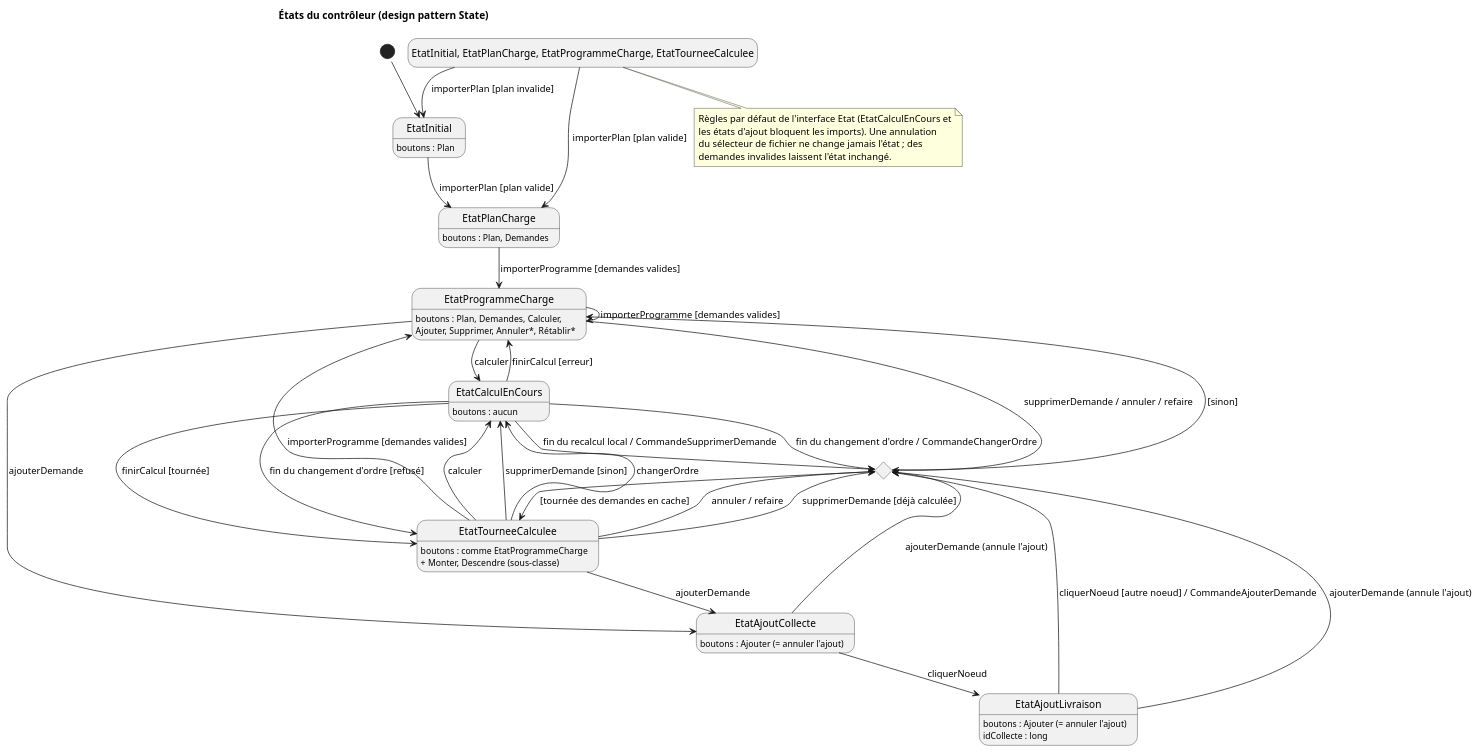
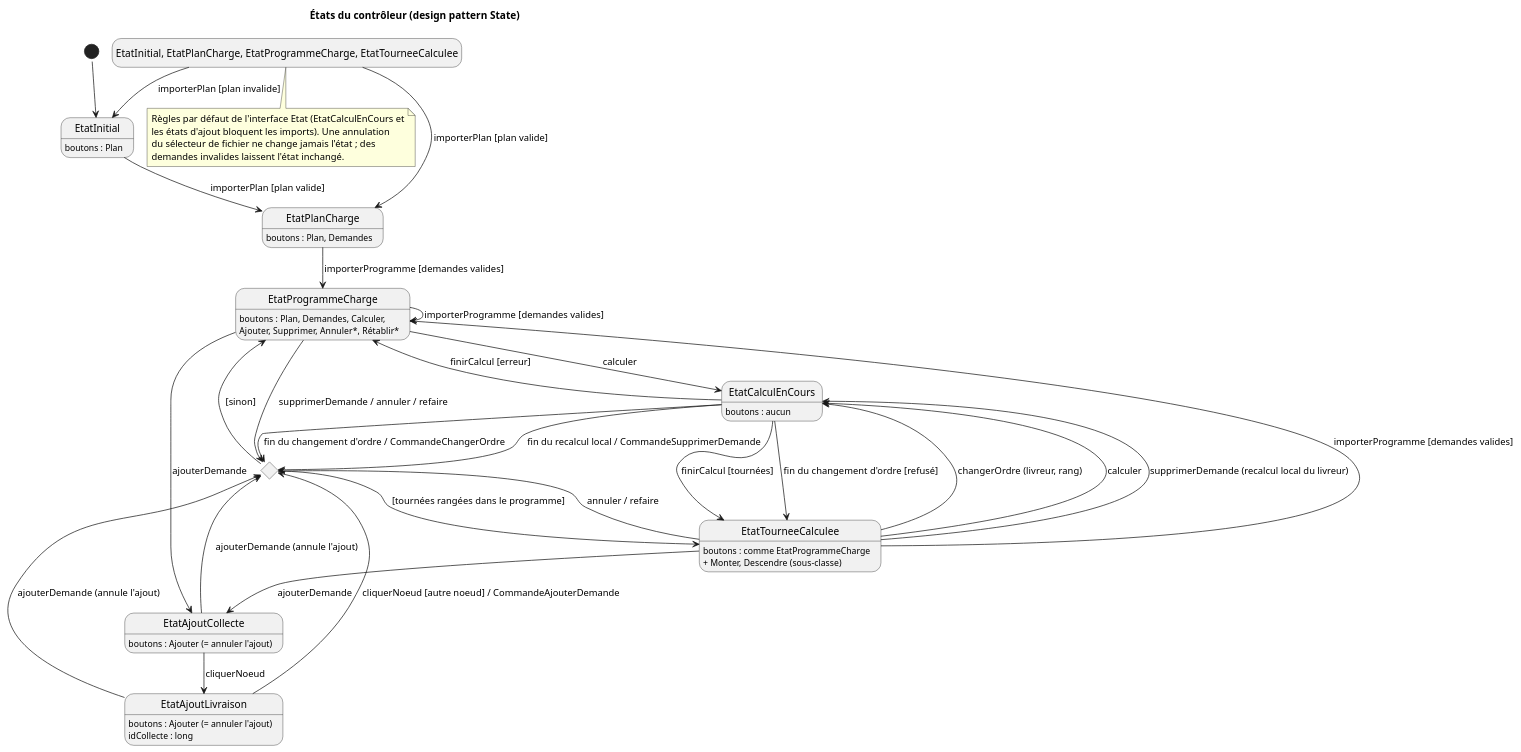
The diagram in docs/diagrams/etats-controleur.puml (tristanhp/Optimod-Lyon), drawn with PlantUML before and after one commit. The commit also changed 32 other files, not shown here.

Commit message:
TIG-95 plusieurs livreurs : une tournée par livreur (#35)

```diff
--- a/docs/diagrams/etats-controleur.puml
+++ b/docs/diagrams/etats-controleur.puml
@@ -1,55 +1,54 @@
 @startuml etats-controleur
 !pragma layout smetana
 title États du contrôleur (design pattern State)
 hide empty description
 [*] --> EtatInitial
 EtatInitial : boutons : Plan
 EtatPlanCharge : boutons : Plan, Demandes
 EtatProgrammeCharge : boutons : Plan, Demandes, Calculer,
 EtatProgrammeCharge : Ajouter, Supprimer, Annuler*, Rétablir*
 EtatCalculEnCours : boutons : aucun
 EtatTourneeCalculee : boutons : comme EtatProgrammeCharge
 EtatTourneeCalculee : + Monter, Descendre (sous-classe)
 EtatAjoutCollecte : boutons : Ajouter (= annuler l'ajout)
 EtatAjoutLivraison : boutons : Ajouter (= annuler l'ajout)
 EtatAjoutLivraison : idCollecte : long
 
 EtatInitial --> EtatPlanCharge : importerPlan [plan valide]
 EtatPlanCharge --> EtatProgrammeCharge : importerProgramme [demandes valides]
 EtatProgrammeCharge --> EtatCalculEnCours : calculer
-EtatCalculEnCours --> EtatTourneeCalculee : finirCalcul [tournée]
+EtatCalculEnCours --> EtatTourneeCalculee : finirCalcul [tournées]
 EtatCalculEnCours --> EtatProgrammeCharge : finirCalcul [erreur]
 EtatTourneeCalculee --> EtatCalculEnCours : calculer
 EtatProgrammeCharge --> EtatProgrammeCharge : importerProgramme [demandes valides]
 EtatTourneeCalculee --> EtatProgrammeCharge : importerProgramme [demandes valides]
 
-state "Choix de l'état selon le cache" as cache <<choice>>
-EtatProgrammeCharge --> cache : supprimerDemande / annuler / refaire
-EtatTourneeCalculee --> cache : annuler / refaire
-EtatTourneeCalculee --> cache : supprimerDemande [déjà calculée]
-EtatTourneeCalculee --> EtatCalculEnCours : supprimerDemande [sinon]
-EtatCalculEnCours --> cache : fin du recalcul local / CommandeSupprimerDemande
-EtatTourneeCalculee --> EtatCalculEnCours : changerOrdre
-EtatCalculEnCours --> cache : fin du changement d'ordre / CommandeChangerOrdre
+state "Choix de l'état selon les tournées du programme" as choix <<choice>>
+EtatProgrammeCharge --> choix : supprimerDemande / annuler / refaire
+EtatTourneeCalculee --> choix : annuler / refaire
+EtatTourneeCalculee --> EtatCalculEnCours : supprimerDemande (recalcul local du livreur)
+EtatCalculEnCours --> choix : fin du recalcul local / CommandeSupprimerDemande
+EtatTourneeCalculee --> EtatCalculEnCours : changerOrdre (livreur, rang)
+EtatCalculEnCours --> choix : fin du changement d'ordre / CommandeChangerOrdre
 EtatCalculEnCours --> EtatTourneeCalculee : fin du changement d'ordre [refusé]
-cache --> EtatTourneeCalculee : [tournée des demandes en cache]
-cache --> EtatProgrammeCharge : [sinon]
+choix --> EtatTourneeCalculee : [tournées rangées dans le programme]
+choix --> EtatProgrammeCharge : [sinon]
 
 EtatProgrammeCharge --> EtatAjoutCollecte : ajouterDemande
 EtatTourneeCalculee --> EtatAjoutCollecte : ajouterDemande
 EtatAjoutCollecte --> EtatAjoutLivraison : cliquerNoeud
-EtatAjoutLivraison --> cache : cliquerNoeud [autre noeud] / CommandeAjouterDemande
-EtatAjoutCollecte --> cache : ajouterDemande (annule l'ajout)
-EtatAjoutLivraison --> cache : ajouterDemande (annule l'ajout)
+EtatAjoutLivraison --> choix : cliquerNoeud [autre noeud] / CommandeAjouterDemande
+EtatAjoutCollecte --> choix : ajouterDemande (annule l'ajout)
+EtatAjoutLivraison --> choix : ajouterDemande (annule l'ajout)
 
 state "EtatInitial, EtatPlanCharge, EtatProgrammeCharge, EtatTourneeCalculee" as tous
 tous --> EtatPlanCharge : importerPlan [plan valide]
 tous --> EtatInitial : importerPlan [plan invalide]
 
 note bottom of tous
 Règles par défaut de l'interface Etat (EtatCalculEnCours et
 les états d'ajout bloquent les imports). Une annulation
 du sélecteur de fichier ne change jamais l'état ; des
 demandes invalides laissent l'état inchangé.
 end note
 @enduml
```
